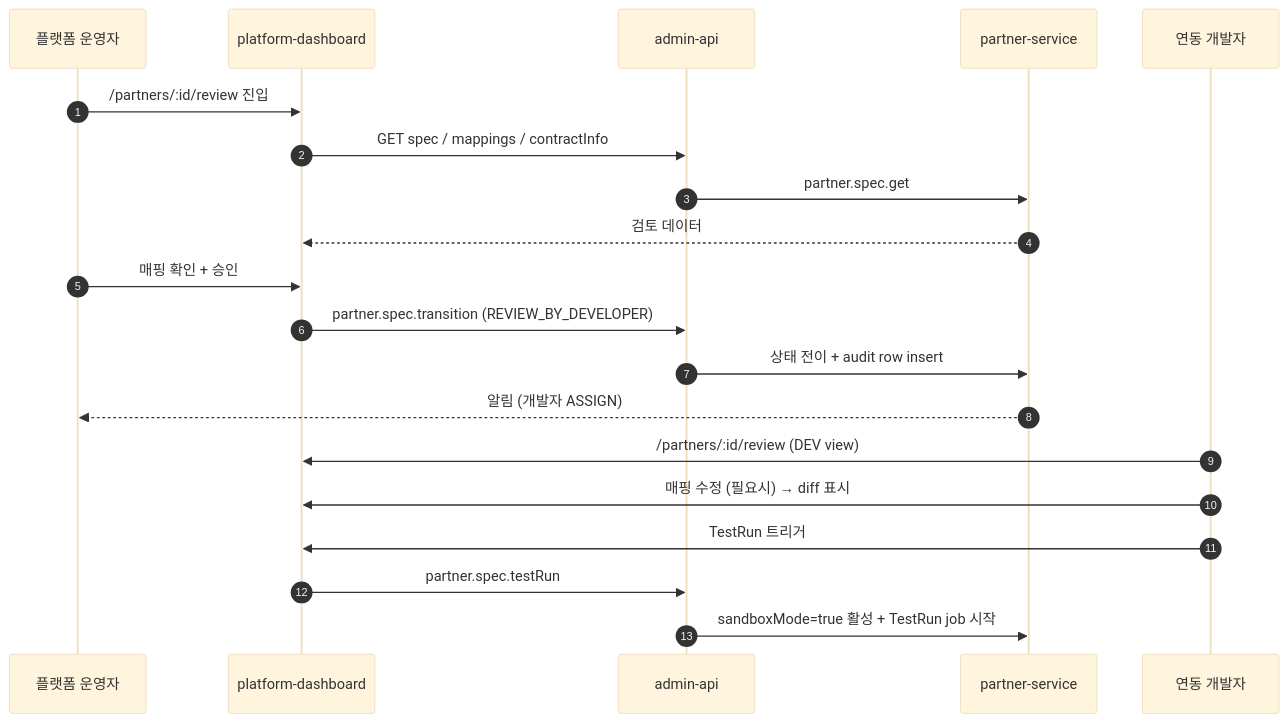
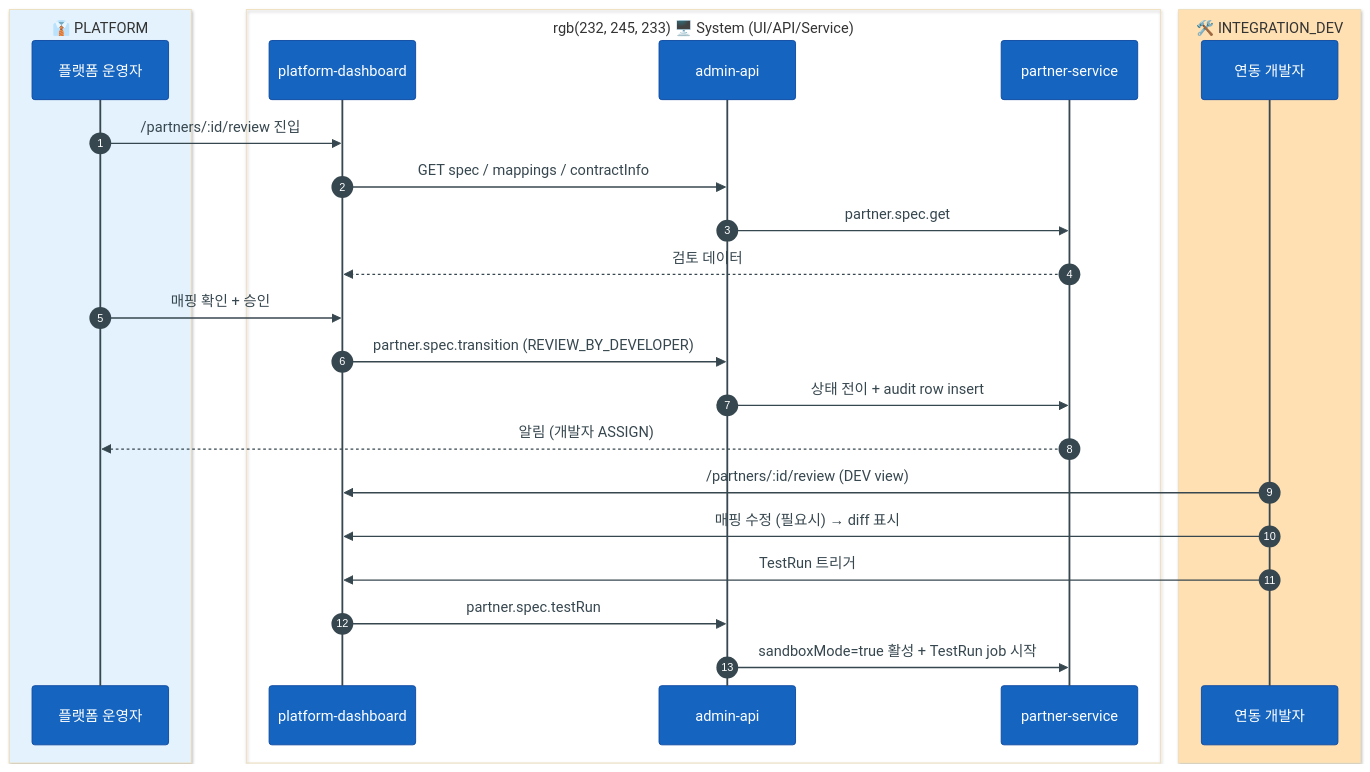
Before and after one commit to uniyous/parkgolf-platform: the sixth of 15 diagrams in docs/workflow/PARTNER_INTEGRATION.md, drawn with Mermaid. The commit also changed other lines of this file and 1 other file, not shown here.

First line of the commit message:
docs(partner): PARTNER_RIS 신설 + PARTNER_INTEGRATION v0.4

````diff
--- a/docs/workflow/PARTNER_INTEGRATION.md
+++ b/docs/workflow/PARTNER_INTEGRATION.md
@@ -225,25 +267,40 @@
 ```mermaid
-%%{init: {'theme':'base','themeVariables':{'fontSize':'13px'}}}%%
+%%{init: {'theme':'base','themeVariables':{
+  'fontSize':'13px',
+  'actorBkg':'#1565C0','actorBorder':'#0D47A1','actorTextColor':'#fff','actorLineColor':'#37474F',
+  'noteBkgColor':'#FFF9C4','noteTextColor':'#000','noteBorderColor':'#F57F17',
+  'signalColor':'#37474F','signalTextColor':'#37474F',
+  'sequenceNumberColor':'#fff',
+  'labelBoxBkgColor':'#1565C0','labelBoxBorderColor':'#0D47A1','labelTextColor':'#fff',
+  'loopTextColor':'#0D47A1',
+  'activationBkgColor':'#90CAF9','activationBorderColor':'#0D47A1'
+}}}%%
 sequenceDiagram
     autonumber
+    box rgb(227, 242, 253) 👔 PLATFORM
     participant Op as 플랫폼 운영자
+    end
+    box rgb(232, 245, 233) 🖥️ System (UI/API/Service)
     participant W as platform-dashboard
     participant API as admin-api
     participant PS as partner-service
+    end
+    box rgb(255, 224, 178) 🛠️ INTEGRATION_DEV
     participant Dev as 연동 개발자
+    end
 
     Op->>W: /partners/:id/review 진입
     W->>API: GET spec / mappings / contractInfo
     API->>PS: partner.spec.get
     PS-->>W: 검토 데이터
     Op->>W: 매핑 확인 + 승인
     W->>API: partner.spec.transition (REVIEW_BY_DEVELOPER)
     API->>PS: 상태 전이 + audit row insert
     PS-->>Op: 알림 (개발자 ASSIGN)
 
     Dev->>W: /partners/:id/review (DEV view)
     Dev->>W: 매핑 수정 (필요시) → diff 표시
     Dev->>W: TestRun 트리거
     W->>API: partner.spec.testRun
     API->>PS: sandboxMode=true 활성 + TestRun job 시작
 ```
````
